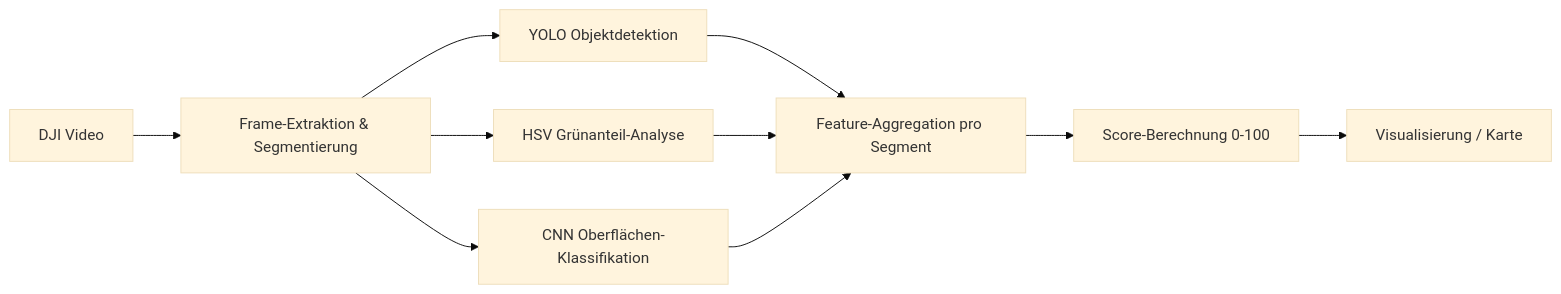
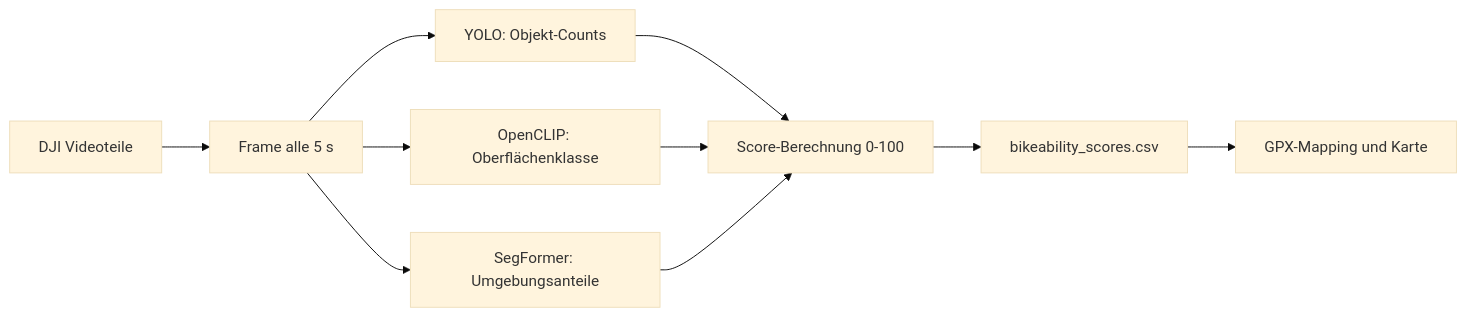
Before and after one commit to BuenyA/computer_vision_bikeability_score: the diagram in README.md, drawn with Mermaid (base theme). The commit also changed other lines of this file, not shown here.

````diff
--- a/README.md
+++ b/README.md
@@ -81,12 +72,12 @@
 ```mermaid
 flowchart LR
-    A[DJI Video] --> B[Frame-Extraktion & Segmentierung]
-    B --> C[YOLO Objektdetektion]
-    B --> D[HSV Grünanteil-Analyse]
-    B --> E[CNN Oberflächen-Klassifikation]
-    C --> F[Feature-Aggregation pro Segment]
+    A[DJI Videoteile] --> B[Frame alle 5 s]
+    B --> C[YOLO: Objekt-Counts]
+    B --> D[OpenCLIP: Oberflächenklasse]
+    B --> E[SegFormer: Umgebungsanteile]
+    C --> F[Score-Berechnung 0-100]
     D --> F
     E --> F
-    F --> G[Score-Berechnung 0-100]
-    G --> H[Visualisierung / Karte]
+    F --> G[bikeability_scores.csv]
+    G --> H[GPX-Mapping und Karte]
 ```
````
